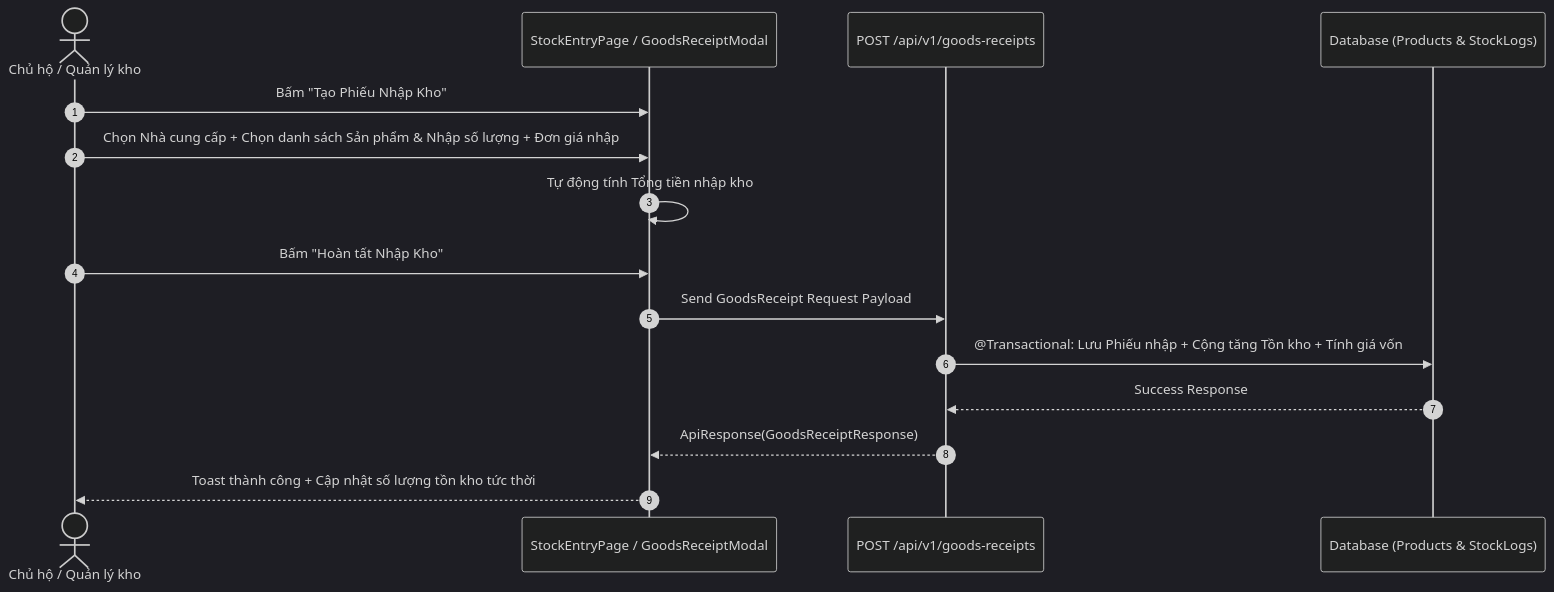
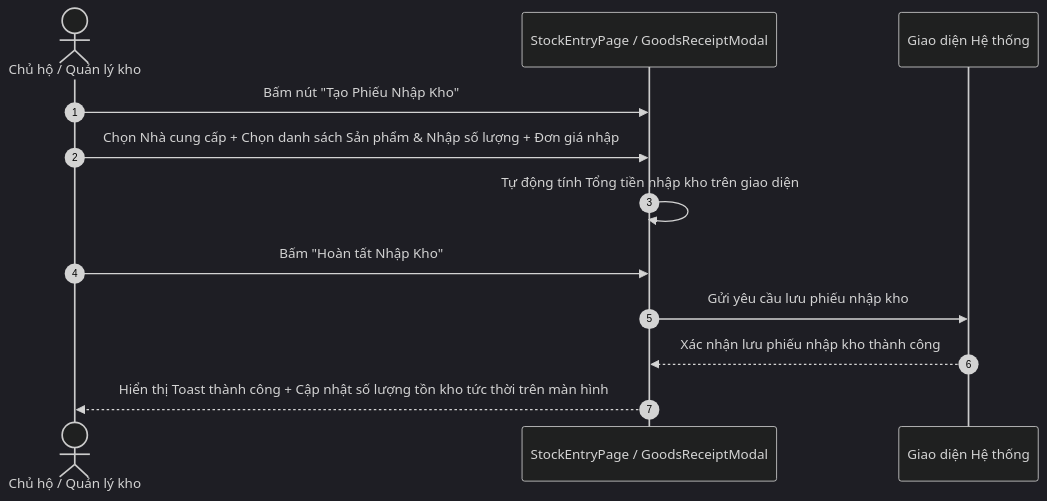
Before and after one commit to lean1835/BanHangViet: the seventh of 34 diagrams in architecture/full_screen_activity_flows.md, drawn with Mermaid (dark theme). The commit also changed other lines of this file, not shown here.

Commit message:
refactor(docs): update full_screen_activity_flows to pure UI/UX screen activity flows

````diff
--- a/architecture/full_screen_activity_flows.md
+++ b/architecture/full_screen_activity_flows.md
@@ -229,18 +215,15 @@
 ```mermaid
 sequenceDiagram
     autonumber
     actor User as Chủ hộ / Quản lý kho
     participant UI as StockEntryPage / GoodsReceiptModal
-    participant API as POST /api/v1/goods-receipts
-    participant DB as Database (Products & StockLogs)
+    participant App as Giao diện Hệ thống
 
-    User->>UI: Bấm "Tạo Phiếu Nhập Kho"
+    User->>UI: Bấm nút "Tạo Phiếu Nhập Kho"
     User->>UI: Chọn Nhà cung cấp + Chọn danh sách Sản phẩm & Nhập số lượng + Đơn giá nhập
-    UI->>UI: Tự động tính Tổng tiền nhập kho
+    UI->>UI: Tự động tính Tổng tiền nhập kho trên giao diện
     User->>UI: Bấm "Hoàn tất Nhập Kho"
-    UI->>API: Send GoodsReceipt Request Payload
-    API->>DB: @Transactional: Lưu Phiếu nhập + Cộng tăng Tồn kho + Tính giá vốn
-    DB-->>API: Success Response
-    API-->>UI: ApiResponse(GoodsReceiptResponse)
-    UI-->>User: Toast thành công + Cập nhật số lượng tồn kho tức thời
+    UI->>App: Gửi yêu cầu lưu phiếu nhập kho
+    App-->>UI: Xác nhận lưu phiếu nhập kho thành công
+    UI-->>User: Hiển thị Toast thành công + Cập nhật số lượng tồn kho tức thời trên màn hình
 ```
````
